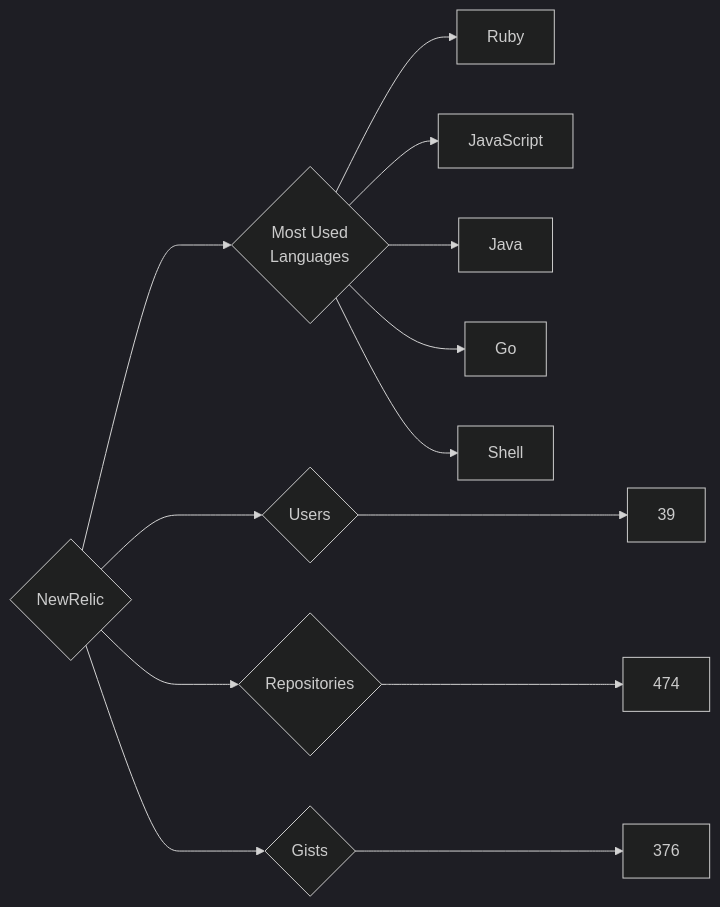
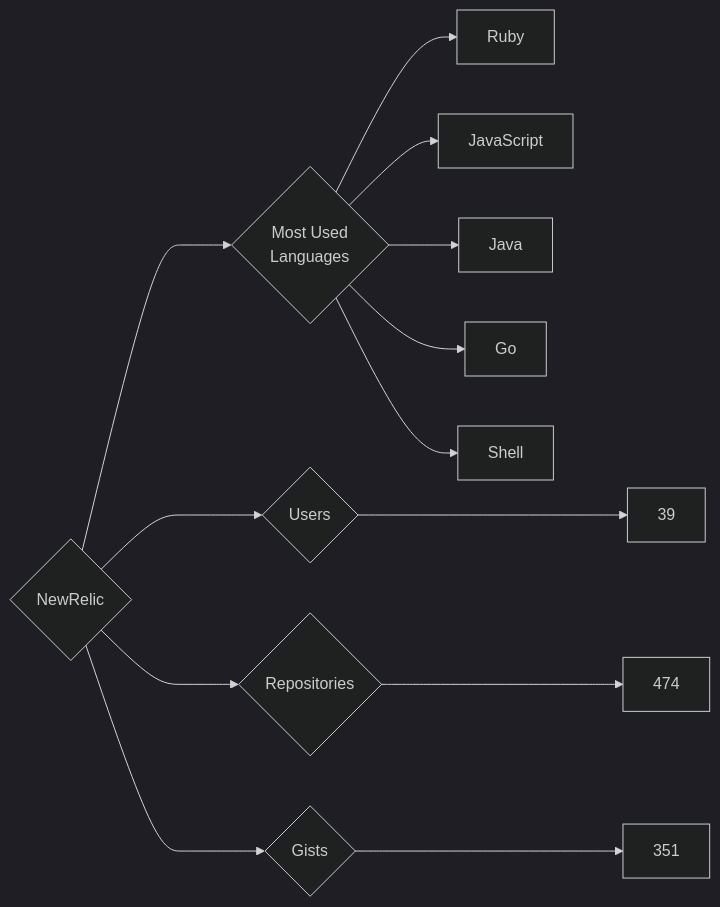
The diagram in targets/NewRelic/README.md (trickest/insiders), drawn with Mermaid (dark theme) before and after one commit. The commit also changed 895 other files, not shown here.

````diff
--- a/targets/NewRelic/README.md
+++ b/targets/NewRelic/README.md
@@ -3,13 +3,13 @@
 ```mermaid
 graph LR
 COMPANY_NAME{NewRelic}
 COMPANY_NAME ---> U{Users} ---> UN[39]
 COMPANY_NAME ---> R{Repositories} ---> RN[474]
-COMPANY_NAME ---> G{Gists} ---> GN[376]
+COMPANY_NAME ---> G{Gists} ---> GN[351]
 COMPANY_NAME ---> ML{Most Used<br>Languages}
 ML --> Ruby[Ruby]
 ML --> JavaScript[JavaScript]
 ML --> Java[Java]
 ML --> Go[Go]
 ML --> Shell[Shell]
 ```
````
